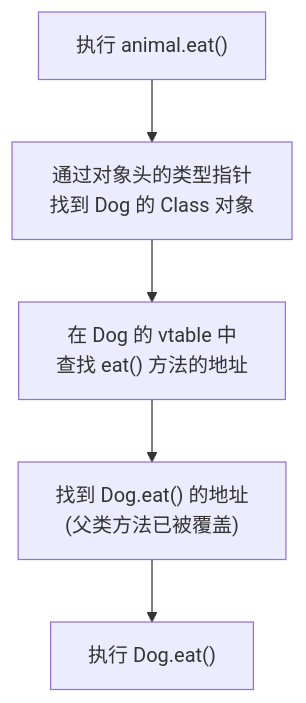
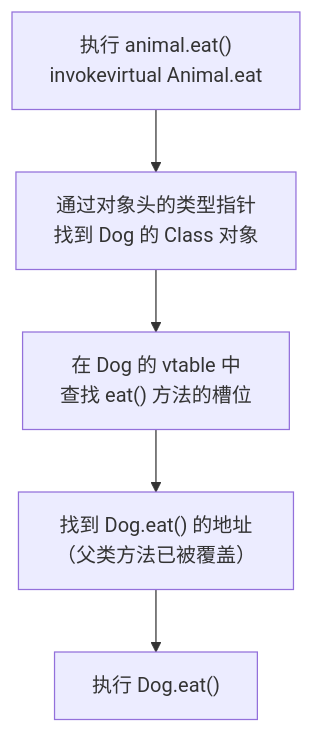
One commit to b1tzer/b1tzer.github.io changed the fourth of 6 diagrams in docs/01-java-basic/01-面向对象.md. Above: the diagram before and after it, drawn with Mermaid. The commit also changed other lines of this file and 2 other files, not shown here.

````diff
--- a/docs/01-java-basic/01-面向对象.md
+++ b/docs/01-java-basic/01-面向对象.md
@@ -233,7 +266,11 @@
 ```mermaid
 flowchart TD
-    A["执行 animal.eat()"] --> B["通过对象头的类型指针<br/>找到 Dog 的 Class 对象"]
-    B --> C["在 Dog 的 vtable 中<br/>查找 eat() 方法的地址"]
-    C --> D["找到 Dog.eat() 的地址<br/>(父类方法已被覆盖)"]
+    A["执行 animal.eat()
+        invokevirtual Animal.eat"] --> B["通过对象头的类型指针
+        找到 Dog 的 Class 对象"]
+    B --> C["在 Dog 的 vtable 中
+        查找 eat() 方法的槽位"]
+    C --> D["找到 Dog.eat() 的地址
+        （父类方法已被覆盖）"]
     D --> E["执行 Dog.eat()"]
 ```
````
